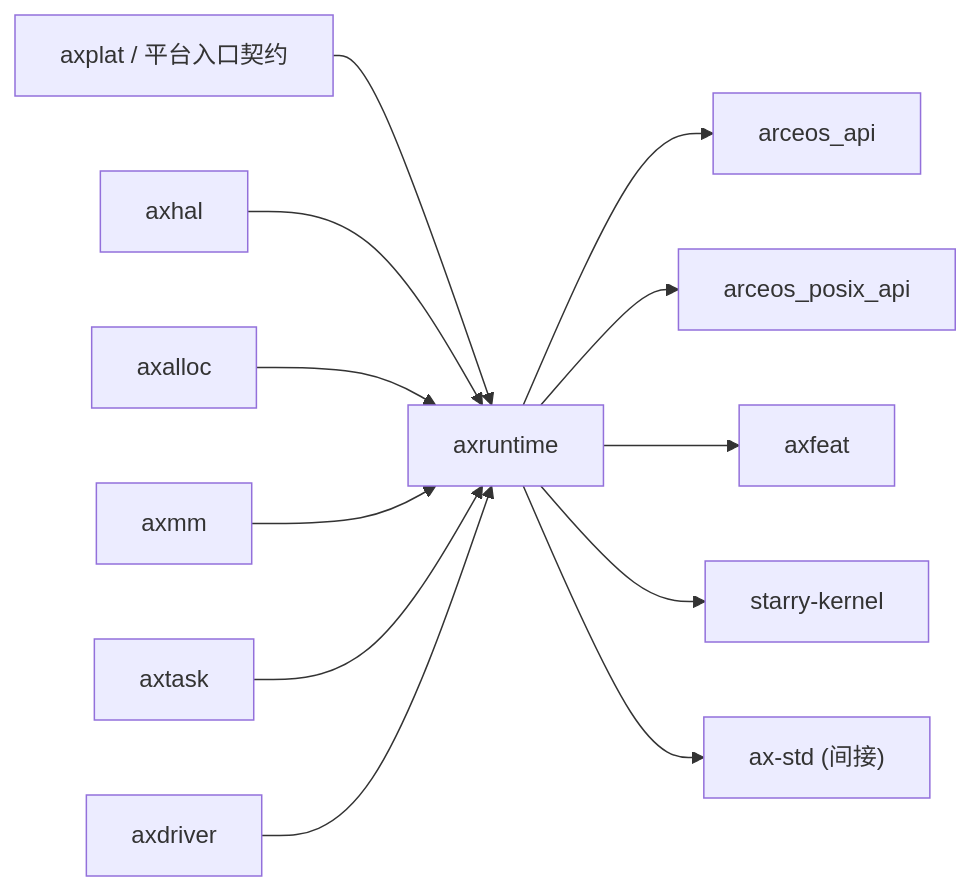
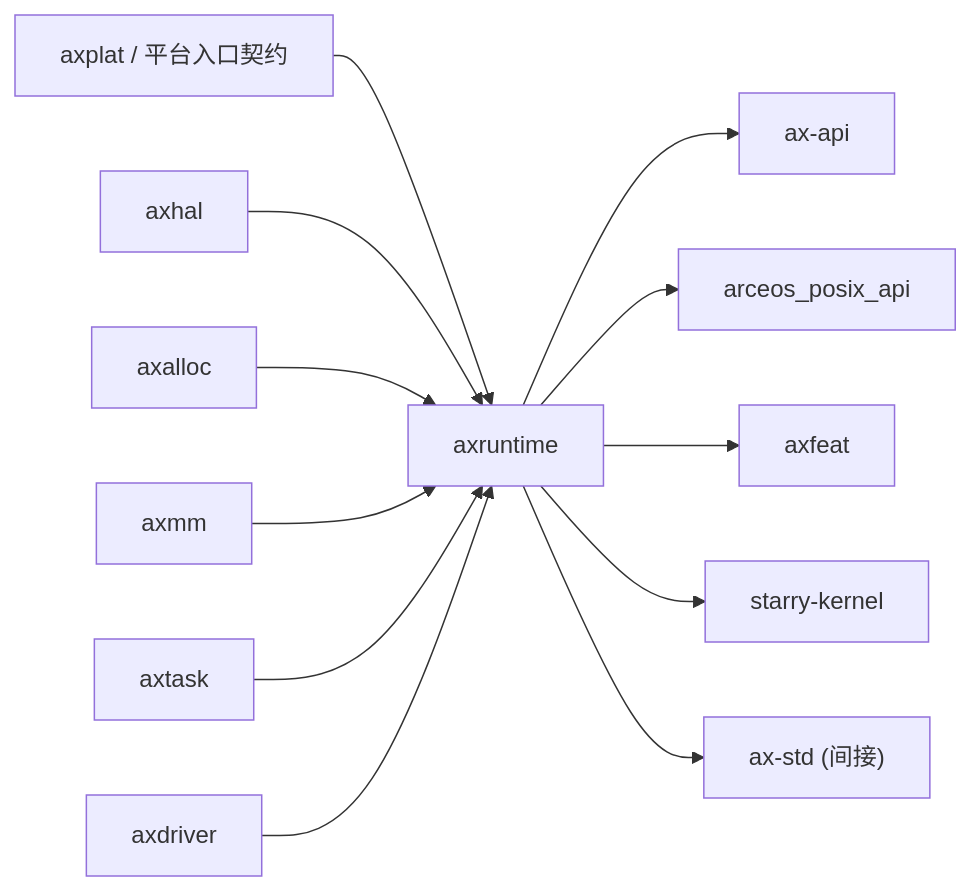
The second of 2 diagrams in docs/crates/axruntime.md (zKurisu/tgoskits), drawn with Mermaid before and after one commit. The commit also changed other lines of this file and 61 other files, not shown here.

Commit message:
rename arceos_api to ax-api

````diff
--- a/docs/crates/axruntime.md
+++ b/docs/crates/axruntime.md
@@ -117,15 +117,15 @@
 ```mermaid
 graph LR
     axplat["axplat / 平台入口契约"] --> axruntime["axruntime"]
     axhal["axhal"] --> axruntime
     axalloc["axalloc"] --> axruntime
     axmm["axmm"] --> axruntime
     axtask["axtask"] --> axruntime
     axdriver["axdriver"] --> axruntime
 
-    axruntime --> arceos_api["arceos_api"]
+    axruntime --> ax-api["ax-api"]
     axruntime --> arceos_posix_api["arceos_posix_api"]
     axruntime --> axfeat["axfeat"]
     axruntime --> starry_kernel["starry-kernel"]
     axruntime --> ax-std["ax-std (间接)"]
 ```
````
